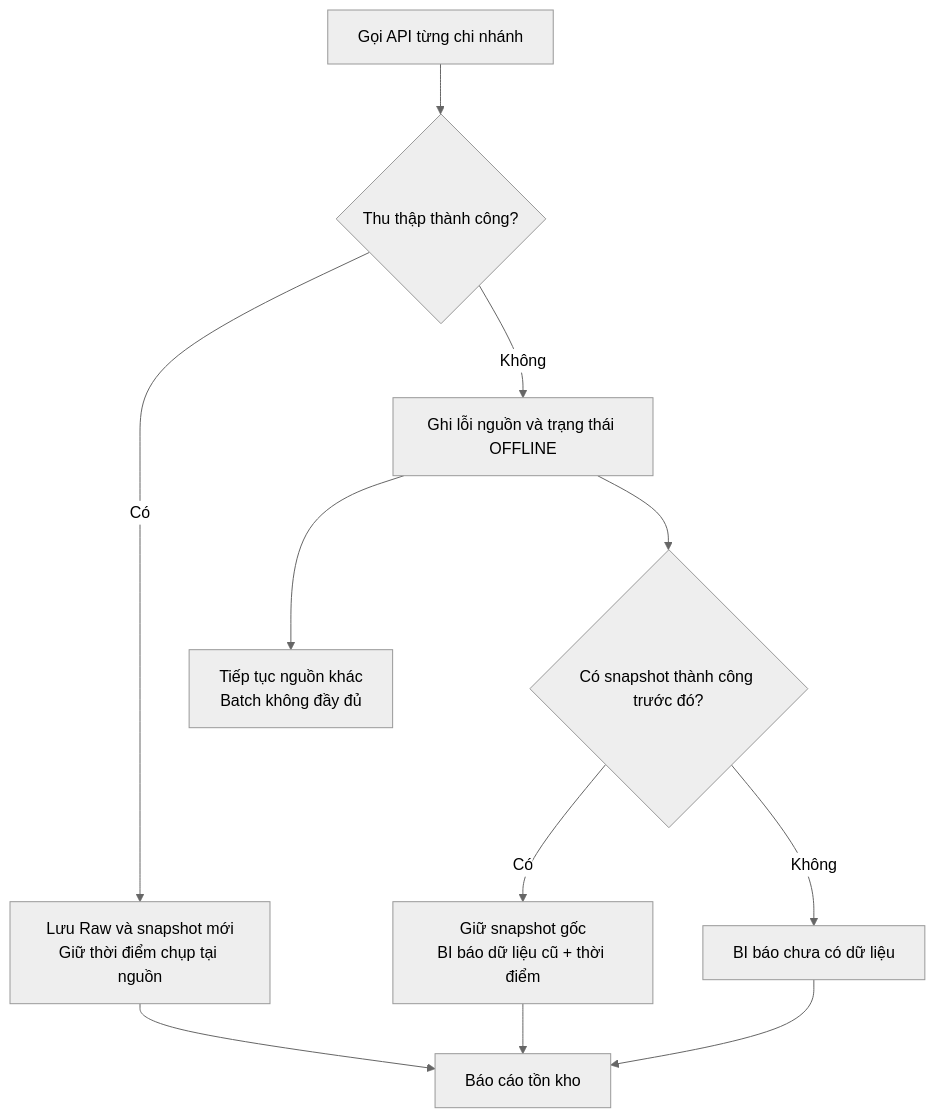
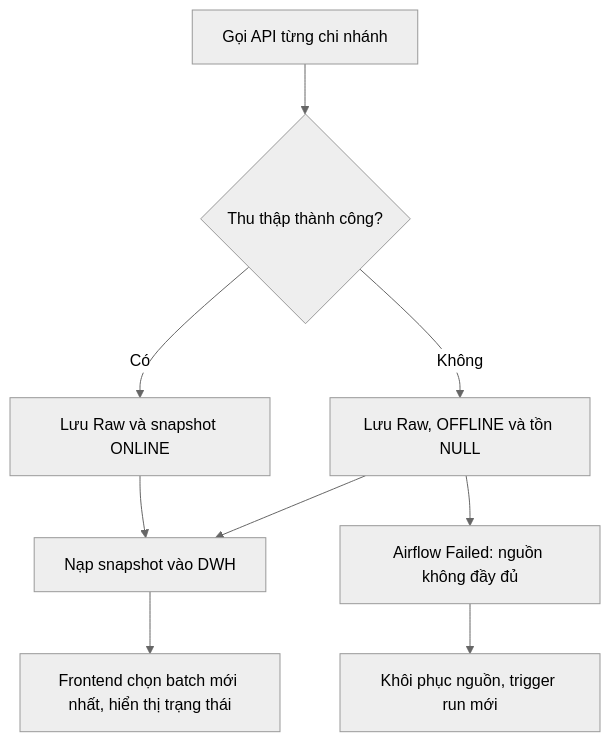
Before and after one commit to VIENDANBACK5/RetailPulse: the fifth of 6 diagrams in SYSTEM_ARCHITECTURE_DRAWIO_SPEC.md, drawn with Mermaid (neutral theme). The commit also changed other lines of this file and 76 other files, not shown here.

````diff
--- a/SYSTEM_ARCHITECTURE_DRAWIO_SPEC.md
+++ b/SYSTEM_ARCHITECTURE_DRAWIO_SPEC.md
@@ -319,13 +309,11 @@
 ```mermaid
 flowchart TD
     CALL["Gọi API từng chi nhánh"] --> OK{"Thu thập thành công?"}
-    OK -- "Có" --> NEW["Lưu Raw và snapshot mới<br/>Giữ thời điểm chụp tại nguồn"]
-    OK -- "Không" --> ERR["Ghi lỗi nguồn và trạng thái OFFLINE"]
-    ERR --> OLD{"Có snapshot thành công trước đó?"}
-    OLD -- "Có" --> STALE["Giữ snapshot gốc<br/>BI báo dữ liệu cũ + thời điểm"]
-    OLD -- "Không" --> MISSING["BI báo chưa có dữ liệu"]
-    ERR --> CONT["Tiếp tục nguồn khác<br/>Batch không đầy đủ"]
-    NEW --> BI["Báo cáo tồn kho"]
-    STALE --> BI
-    MISSING --> BI
+    OK -- "Có" --> NEW["Lưu Raw và snapshot ONLINE"]
+    OK -- "Không" --> ERR["Lưu Raw, OFFLINE và tồn NULL"]
+    NEW --> DWH["Nạp snapshot vào DWH"]
+    ERR --> DWH
+    DWH --> UI["Frontend chọn batch mới nhất, hiển thị trạng thái"]
+    ERR --> FAIL["Airflow Failed: nguồn không đầy đủ"]
+    FAIL --> RESTORE["Khôi phục nguồn, trigger run mới"]
 ```
````
